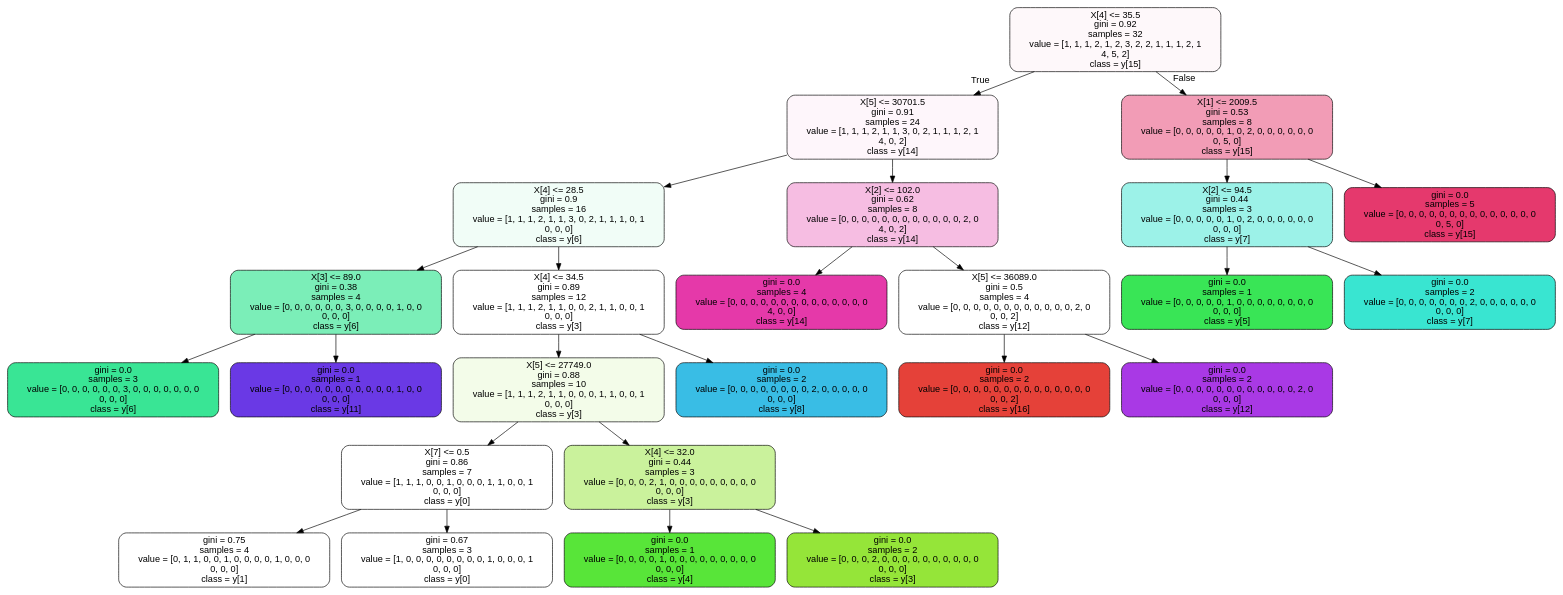
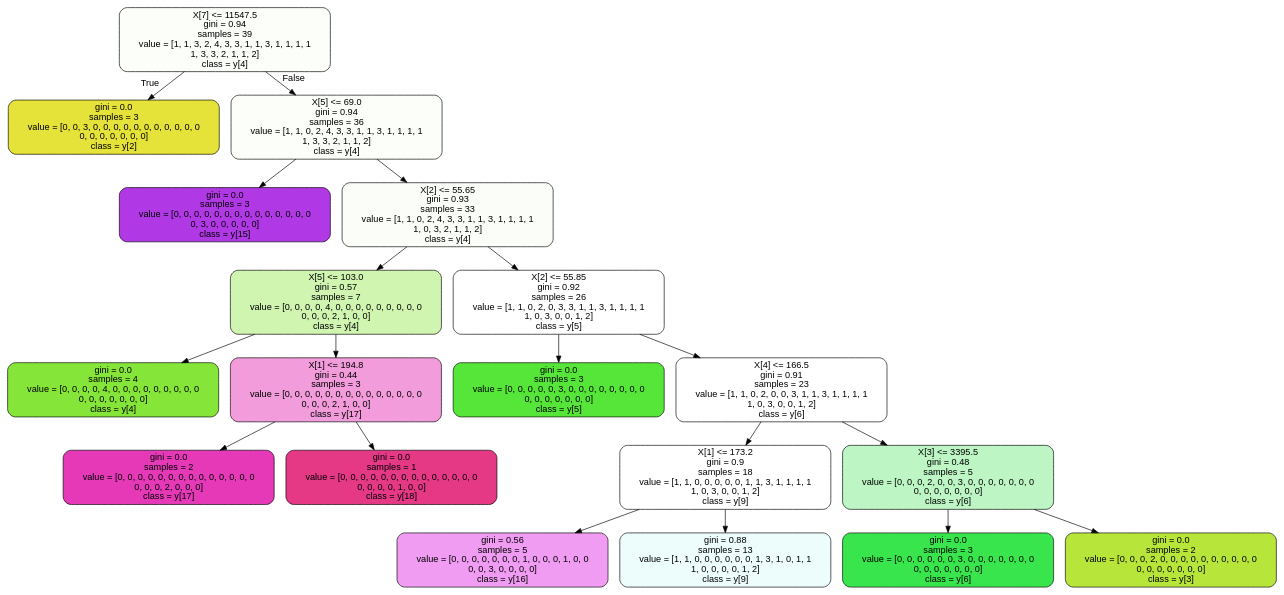
One commit to AndreaDagg/DecisIonCAr changed the diagram in treetrip.dot. Above: the diagram before and after it, drawn with Graphviz. The commit also changed 7 other files, not shown here.

```diff
--- a/treetrip.dot
+++ b/treetrip.dot
@@ -1,53 +1,41 @@
 digraph Tree {
 node [shape=box, style="filled, rounded", color="black", fontname=helvetica] ;
 edge [fontname=helvetica] ;
-0 [label="X[4] <= 35.5\ngini = 0.92\nsamples = 32\nvalue = [1, 1, 1, 2, 1, 2, 3, 2, 2, 1, 1, 1, 2, 1\n4, 5, 2]\nclass = y[15]", fillcolor="#fef8fa"] ;
-1 [label="X[5] <= 30701.5\ngini = 0.91\nsamples = 24\nvalue = [1, 1, 1, 2, 1, 1, 3, 0, 2, 1, 1, 1, 2, 1\n4, 0, 2]\nclass = y[14]", fillcolor="#fef6fb"] ;
+0 [label="X[7] <= 11547.5\ngini = 0.94\nsamples = 39\nvalue = [1, 1, 3, 2, 4, 3, 3, 1, 1, 3, 1, 1, 1, 1\n1, 3, 3, 2, 1, 1, 2]\nclass = y[4]", fillcolor="#fcfefa"] ;
+1 [label="gini = 0.0\nsamples = 3\nvalue = [0, 0, 3, 0, 0, 0, 0, 0, 0, 0, 0, 0, 0, 0\n0, 0, 0, 0, 0, 0, 0]\nclass = y[2]", fillcolor="#e5e239"] ;
 0 -> 1 [labeldistance=2.5, labelangle=45, headlabel="True"] ;
-2 [label="X[4] <= 28.5\ngini = 0.9\nsamples = 16\nvalue = [1, 1, 1, 2, 1, 1, 3, 0, 2, 1, 1, 1, 0, 1\n0, 0, 0]\nclass = y[6]", fillcolor="#f1fdf7"] ;
-1 -> 2 ;
-3 [label="X[3] <= 89.0\ngini = 0.38\nsamples = 4\nvalue = [0, 0, 0, 0, 0, 0, 3, 0, 0, 0, 0, 1, 0, 0\n0, 0, 0]\nclass = y[6]", fillcolor="#7beeb8"] ;
+2 [label="X[5] <= 69.0\ngini = 0.94\nsamples = 36\nvalue = [1, 1, 0, 2, 4, 3, 3, 1, 1, 3, 1, 1, 1, 1\n1, 3, 3, 2, 1, 1, 2]\nclass = y[4]", fillcolor="#fbfef9"] ;
+0 -> 2 [labeldistance=2.5, labelangle=-45, headlabel="False"] ;
+3 [label="gini = 0.0\nsamples = 3\nvalue = [0, 0, 0, 0, 0, 0, 0, 0, 0, 0, 0, 0, 0, 0\n0, 3, 0, 0, 0, 0, 0]\nclass = y[15]", fillcolor="#b139e5"] ;
 2 -> 3 ;
-4 [label="gini = 0.0\nsamples = 3\nvalue = [0, 0, 0, 0, 0, 0, 3, 0, 0, 0, 0, 0, 0, 0\n0, 0, 0]\nclass = y[6]", fillcolor="#39e595"] ;
-3 -> 4 ;
-5 [label="gini = 0.0\nsamples = 1\nvalue = [0, 0, 0, 0, 0, 0, 0, 0, 0, 0, 0, 1, 0, 0\n0, 0, 0]\nclass = y[11]", fillcolor="#6a39e5"] ;
-3 -> 5 ;
-6 [label="X[4] <= 34.5\ngini = 0.89\nsamples = 12\nvalue = [1, 1, 1, 2, 1, 1, 0, 0, 2, 1, 1, 0, 0, 1\n0, 0, 0]\nclass = y[3]", fillcolor="#ffffff"] ;
-2 -> 6 ;
-7 [label="X[5] <= 27749.0\ngini = 0.88\nsamples = 10\nvalue = [1, 1, 1, 2, 1, 1, 0, 0, 0, 1, 1, 0, 0, 1\n0, 0, 0]\nclass = y[3]", fillcolor="#f3fce9"] ;
-6 -> 7 ;
-8 [label="X[7] <= 0.5\ngini = 0.86\nsamples = 7\nvalue = [1, 1, 1, 0, 0, 1, 0, 0, 0, 1, 1, 0, 0, 1\n0, 0, 0]\nclass = y[0]", fillcolor="#ffffff"] ;
+4 [label="X[2] <= 55.65\ngini = 0.93\nsamples = 33\nvalue = [1, 1, 0, 2, 4, 3, 3, 1, 1, 3, 1, 1, 1, 1\n1, 0, 3, 2, 1, 1, 2]\nclass = y[4]", fillcolor="#fbfef8"] ;
+2 -> 4 ;
+5 [label="X[5] <= 103.0\ngini = 0.57\nsamples = 7\nvalue = [0, 0, 0, 0, 4, 0, 0, 0, 0, 0, 0, 0, 0, 0\n0, 0, 0, 2, 1, 0, 0]\nclass = y[4]", fillcolor="#cff5b0"] ;
+4 -> 5 ;
+6 [label="gini = 0.0\nsamples = 4\nvalue = [0, 0, 0, 0, 4, 0, 0, 0, 0, 0, 0, 0, 0, 0\n0, 0, 0, 0, 0, 0, 0]\nclass = y[4]", fillcolor="#86e539"] ;
+5 -> 6 ;
+7 [label="X[1] <= 194.8\ngini = 0.44\nsamples = 3\nvalue = [0, 0, 0, 0, 0, 0, 0, 0, 0, 0, 0, 0, 0, 0\n0, 0, 0, 2, 1, 0, 0]\nclass = y[17]", fillcolor="#f29cdb"] ;
+5 -> 7 ;
+8 [label="gini = 0.0\nsamples = 2\nvalue = [0, 0, 0, 0, 0, 0, 0, 0, 0, 0, 0, 0, 0, 0\n0, 0, 0, 2, 0, 0, 0]\nclass = y[17]", fillcolor="#e539b7"] ;
 7 -> 8 ;
-9 [label="gini = 0.75\nsamples = 4\nvalue = [0, 1, 1, 0, 0, 1, 0, 0, 0, 0, 1, 0, 0, 0\n0, 0, 0]\nclass = y[1]", fillcolor="#ffffff"] ;
-8 -> 9 ;
-10 [label="gini = 0.67\nsamples = 3\nvalue = [1, 0, 0, 0, 0, 0, 0, 0, 0, 1, 0, 0, 0, 1\n0, 0, 0]\nclass = y[0]", fillcolor="#ffffff"] ;
-8 -> 10 ;
-11 [label="X[4] <= 32.0\ngini = 0.44\nsamples = 3\nvalue = [0, 0, 0, 2, 1, 0, 0, 0, 0, 0, 0, 0, 0, 0\n0, 0, 0]\nclass = y[3]", fillcolor="#caf29c"] ;
-7 -> 11 ;
-12 [label="gini = 0.0\nsamples = 1\nvalue = [0, 0, 0, 0, 1, 0, 0, 0, 0, 0, 0, 0, 0, 0\n0, 0, 0]\nclass = y[4]", fillcolor="#58e539"] ;
-11 -> 12 ;
-13 [label="gini = 0.0\nsamples = 2\nvalue = [0, 0, 0, 2, 0, 0, 0, 0, 0, 0, 0, 0, 0, 0\n0, 0, 0]\nclass = y[3]", fillcolor="#95e539"] ;
-11 -> 13 ;
-14 [label="gini = 0.0\nsamples = 2\nvalue = [0, 0, 0, 0, 0, 0, 0, 0, 2, 0, 0, 0, 0, 0\n0, 0, 0]\nclass = y[8]", fillcolor="#39bde5"] ;
-6 -> 14 ;
-15 [label="X[2] <= 102.0\ngini = 0.62\nsamples = 8\nvalue = [0, 0, 0, 0, 0, 0, 0, 0, 0, 0, 0, 0, 2, 0\n4, 0, 2]\nclass = y[14]", fillcolor="#f6bde2"] ;
-1 -> 15 ;
-16 [label="gini = 0.0\nsamples = 4\nvalue = [0, 0, 0, 0, 0, 0, 0, 0, 0, 0, 0, 0, 0, 0\n4, 0, 0]\nclass = y[14]", fillcolor="#e539a9"] ;
-15 -> 16 ;
-17 [label="X[5] <= 36089.0\ngini = 0.5\nsamples = 4\nvalue = [0, 0, 0, 0, 0, 0, 0, 0, 0, 0, 0, 0, 2, 0\n0, 0, 2]\nclass = y[12]", fillcolor="#ffffff"] ;
-15 -> 17 ;
-18 [label="gini = 0.0\nsamples = 2\nvalue = [0, 0, 0, 0, 0, 0, 0, 0, 0, 0, 0, 0, 0, 0\n0, 0, 2]\nclass = y[16]", fillcolor="#e54139"] ;
-17 -> 18 ;
-19 [label="gini = 0.0\nsamples = 2\nvalue = [0, 0, 0, 0, 0, 0, 0, 0, 0, 0, 0, 0, 2, 0\n0, 0, 0]\nclass = y[12]", fillcolor="#a939e5"] ;
-17 -> 19 ;
-20 [label="X[1] <= 2009.5\ngini = 0.53\nsamples = 8\nvalue = [0, 0, 0, 0, 0, 1, 0, 2, 0, 0, 0, 0, 0, 0\n0, 5, 0]\nclass = y[15]", fillcolor="#f29cb6"] ;
-0 -> 20 [labeldistance=2.5, labelangle=-45, headlabel="False"] ;
-21 [label="X[2] <= 94.5\ngini = 0.44\nsamples = 3\nvalue = [0, 0, 0, 0, 0, 1, 0, 2, 0, 0, 0, 0, 0, 0\n0, 0, 0]\nclass = y[7]", fillcolor="#9cf2e8"] ;
-20 -> 21 ;
-22 [label="gini = 0.0\nsamples = 1\nvalue = [0, 0, 0, 0, 0, 1, 0, 0, 0, 0, 0, 0, 0, 0\n0, 0, 0]\nclass = y[5]", fillcolor="#39e556"] ;
-21 -> 22 ;
-23 [label="gini = 0.0\nsamples = 2\nvalue = [0, 0, 0, 0, 0, 0, 0, 2, 0, 0, 0, 0, 0, 0\n0, 0, 0]\nclass = y[7]", fillcolor="#39e5d1"] ;
-21 -> 23 ;
-24 [label="gini = 0.0\nsamples = 5\nvalue = [0, 0, 0, 0, 0, 0, 0, 0, 0, 0, 0, 0, 0, 0\n0, 5, 0]\nclass = y[15]", fillcolor="#e5396d"] ;
-20 -> 24 ;
+9 [label="gini = 0.0\nsamples = 1\nvalue = [0, 0, 0, 0, 0, 0, 0, 0, 0, 0, 0, 0, 0, 0\n0, 0, 0, 0, 1, 0, 0]\nclass = y[18]", fillcolor="#e53986"] ;
+7 -> 9 ;
+10 [label="X[2] <= 55.85\ngini = 0.92\nsamples = 26\nvalue = [1, 1, 0, 2, 0, 3, 3, 1, 1, 3, 1, 1, 1, 1\n1, 0, 3, 0, 0, 1, 2]\nclass = y[5]", fillcolor="#ffffff"] ;
+4 -> 10 ;
+11 [label="gini = 0.0\nsamples = 3\nvalue = [0, 0, 0, 0, 0, 3, 0, 0, 0, 0, 0, 0, 0, 0\n0, 0, 0, 0, 0, 0, 0]\nclass = y[5]", fillcolor="#56e539"] ;
+10 -> 11 ;
+12 [label="X[4] <= 166.5\ngini = 0.91\nsamples = 23\nvalue = [1, 1, 0, 2, 0, 0, 3, 1, 1, 3, 1, 1, 1, 1\n1, 0, 3, 0, 0, 1, 2]\nclass = y[6]", fillcolor="#ffffff"] ;
+10 -> 12 ;
+13 [label="X[1] <= 173.2\ngini = 0.9\nsamples = 18\nvalue = [1, 1, 0, 0, 0, 0, 0, 1, 1, 3, 1, 1, 1, 1\n1, 0, 3, 0, 0, 1, 2]\nclass = y[9]", fillcolor="#ffffff"] ;
+12 -> 13 ;
+14 [label="gini = 0.56\nsamples = 5\nvalue = [0, 0, 0, 0, 0, 0, 0, 1, 0, 0, 0, 1, 0, 0\n0, 0, 3, 0, 0, 0, 0]\nclass = y[16]", fillcolor="#f09cf2"] ;
+13 -> 14 ;
+15 [label="gini = 0.88\nsamples = 13\nvalue = [1, 1, 0, 0, 0, 0, 0, 0, 1, 3, 1, 0, 1, 1\n1, 0, 0, 0, 0, 1, 2]\nclass = y[9]", fillcolor="#edfdfc"] ;
+13 -> 15 ;
+16 [label="X[3] <= 3395.5\ngini = 0.48\nsamples = 5\nvalue = [0, 0, 0, 2, 0, 0, 3, 0, 0, 0, 0, 0, 0, 0\n0, 0, 0, 0, 0, 0, 0]\nclass = y[6]", fillcolor="#bdf6c4"] ;
+12 -> 16 ;
+17 [label="gini = 0.0\nsamples = 3\nvalue = [0, 0, 0, 0, 0, 0, 3, 0, 0, 0, 0, 0, 0, 0\n0, 0, 0, 0, 0, 0, 0]\nclass = y[6]", fillcolor="#39e54d"] ;
+16 -> 17 ;
+18 [label="gini = 0.0\nsamples = 2\nvalue = [0, 0, 0, 2, 0, 0, 0, 0, 0, 0, 0, 0, 0, 0\n0, 0, 0, 0, 0, 0, 0]\nclass = y[3]", fillcolor="#b7e539"] ;
+16 -> 18 ;
 }
```
